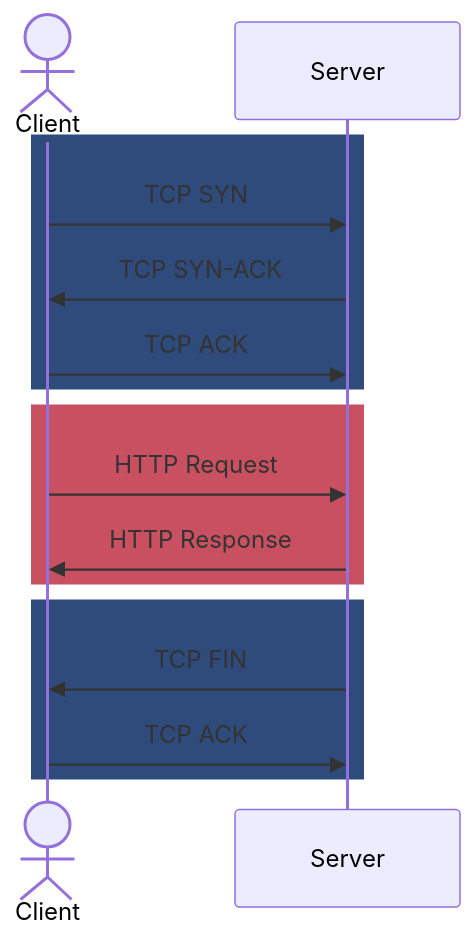
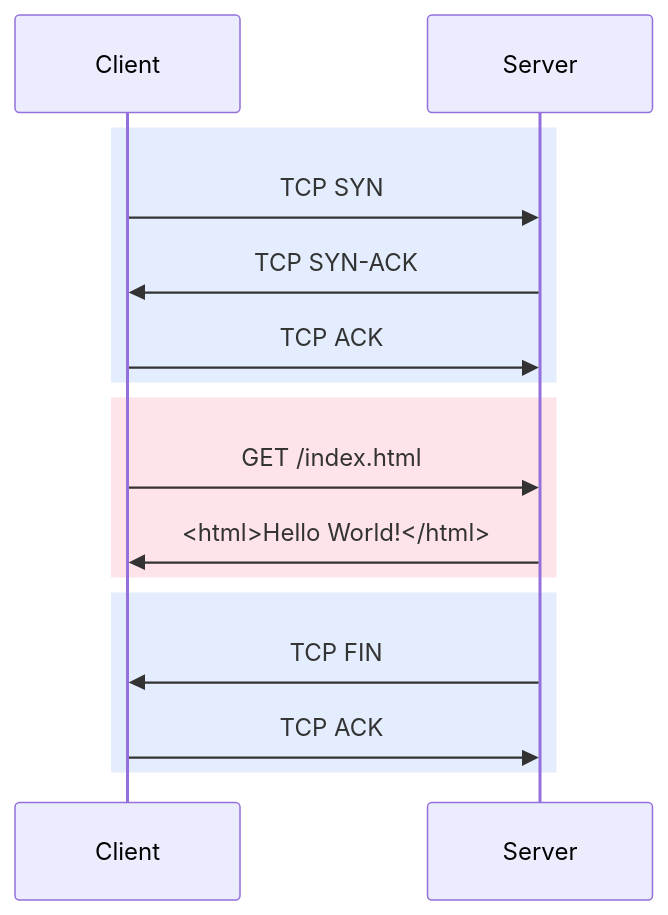
One commit to sudorandom/kmcd.dev changed the diagram in content/posts/2024/http0.9-from-scratch/index.md. Above: the diagram before and after it, drawn with Mermaid. The commit also changed 24 other files, not shown here.

````diff
--- a/content/posts/2024/http0.9-from-scratch/index.md
+++ b/content/posts/2024/http0.9-from-scratch/index.md
@@ -64,20 +64,21 @@
 ```mermaid
 sequenceDiagram
-    actor Client
+    participant Client
+    participant Server
 
-    rect rgb(47,75,124)
+    rect rgba(59, 130, 246, 0.14)
         Client ->> Server: TCP SYN
         Server ->> Client: TCP SYN-ACK
         Client ->> Server: TCP ACK
     end
 
-    rect rgb(200,80,96)
-        Client ->> Server: HTTP Request
-        Server ->> Client: HTTP Response
+    rect rgba(244, 63, 94, 0.14)
+        Client ->> Server: GET /index.html
+        Server ->> Client: <html>Hello World!</html>
     end
 
-    rect rgb(47,75,124)
+    rect rgba(59, 130, 246, 0.14)
         Server ->> Client: TCP FIN
-		Client ->> Server: TCP ACK
+        Client ->> Server: TCP ACK
     end
 ```
````
